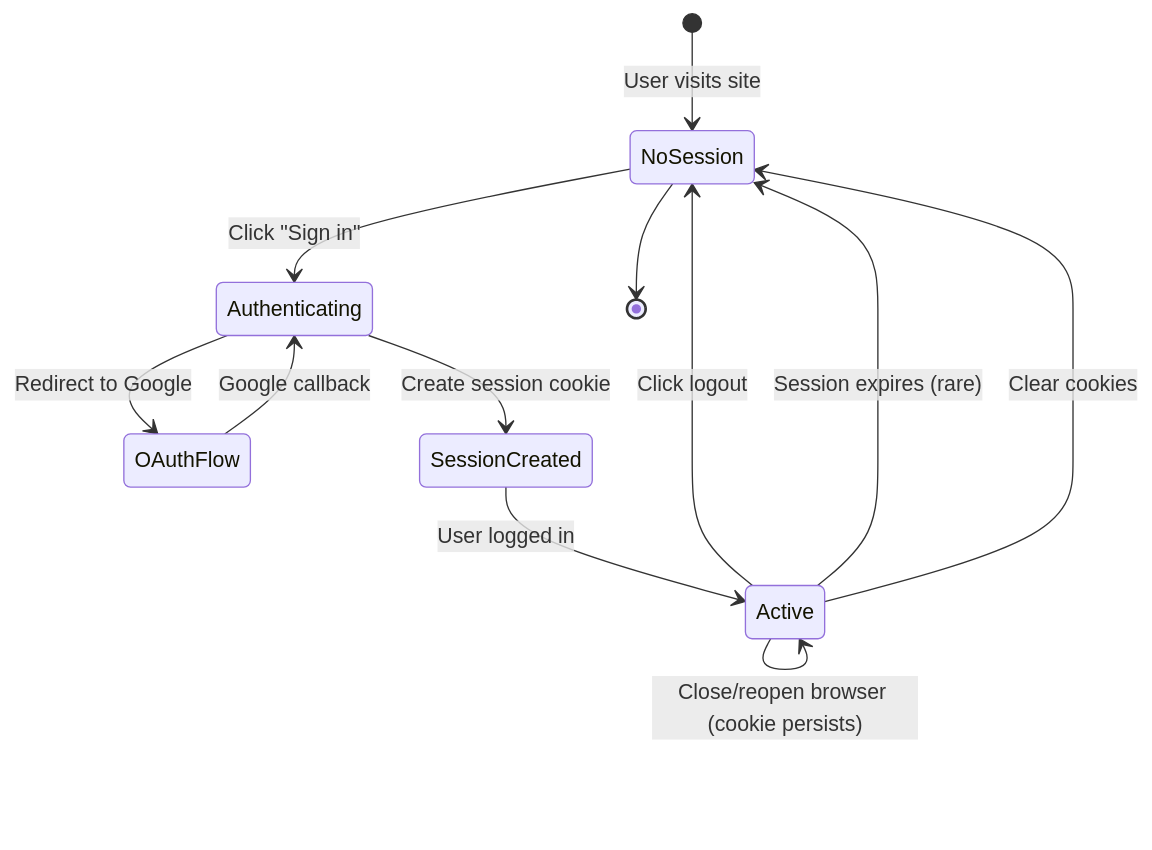
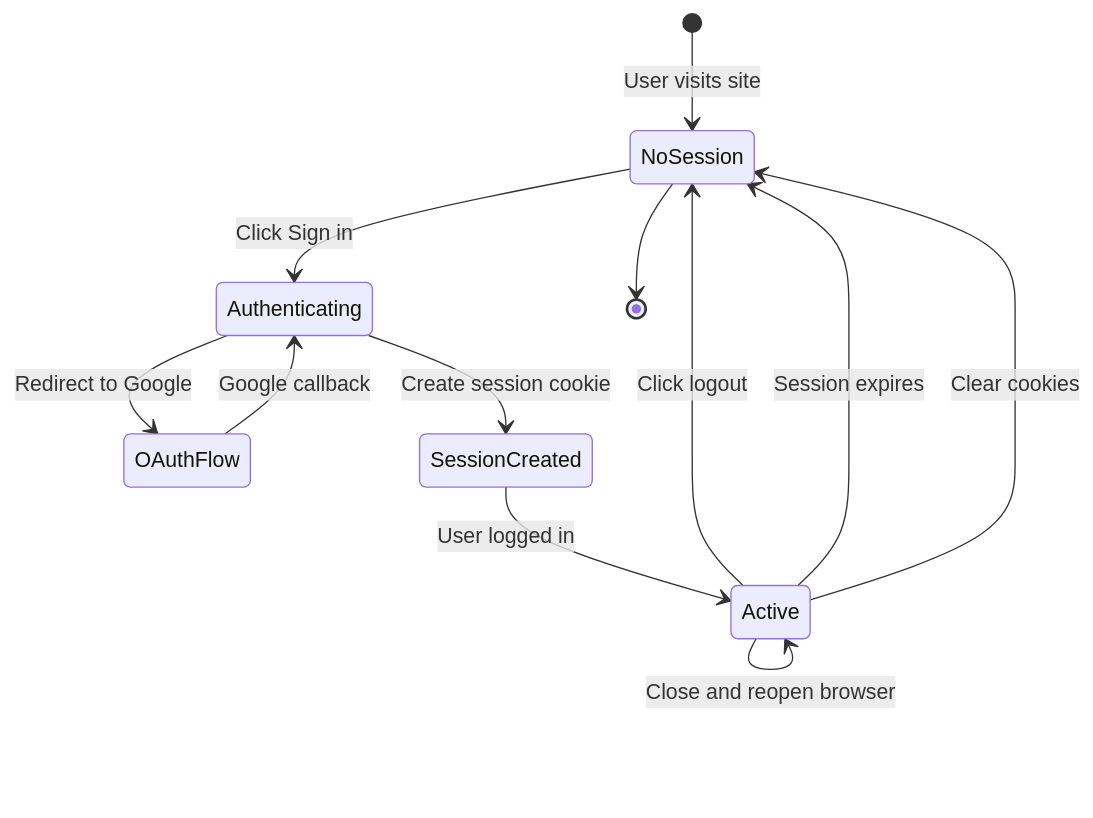
One commit to DANI-cloud-del/Flask changed the fourth of 15 diagrams in docs/OAUTH_FLOWCHART.md. Above: the diagram before and after it, drawn with Mermaid. The commit also changed other lines of this file, not shown here.

Commit message:
Fix Mermaid syntax errors in flowcharts - escape special characters and fix line breaks

````diff
--- a/docs/OAUTH_FLOWCHART.md
+++ b/docs/OAUTH_FLOWCHART.md
@@ -141,21 +141,21 @@
 ```mermaid
 stateDiagram-v2
     [*] --> NoSession: User visits site
     
-    NoSession --> Authenticating: Click "Sign in"
+    NoSession --> Authenticating: Click Sign in
     Authenticating --> OAuthFlow: Redirect to Google
     OAuthFlow --> Authenticating: Google callback
     Authenticating --> SessionCreated: Create session cookie
     
     SessionCreated --> Active: User logged in
     
     Active --> Active: Browse pages
     Active --> Active: Send messages
-    Active --> Active: Close/reopen browser (cookie persists)
+    Active --> Active: Close and reopen browser
     
     Active --> NoSession: Click logout
-    Active --> NoSession: Session expires (rare)
+    Active --> NoSession: Session expires
     Active --> NoSession: Clear cookies
     
     NoSession --> [*]
 ```
````
